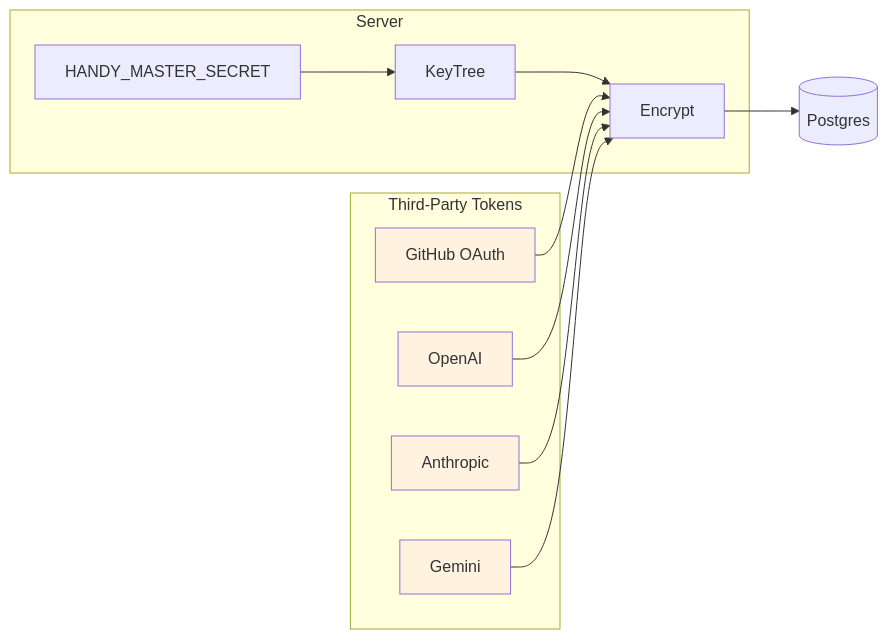
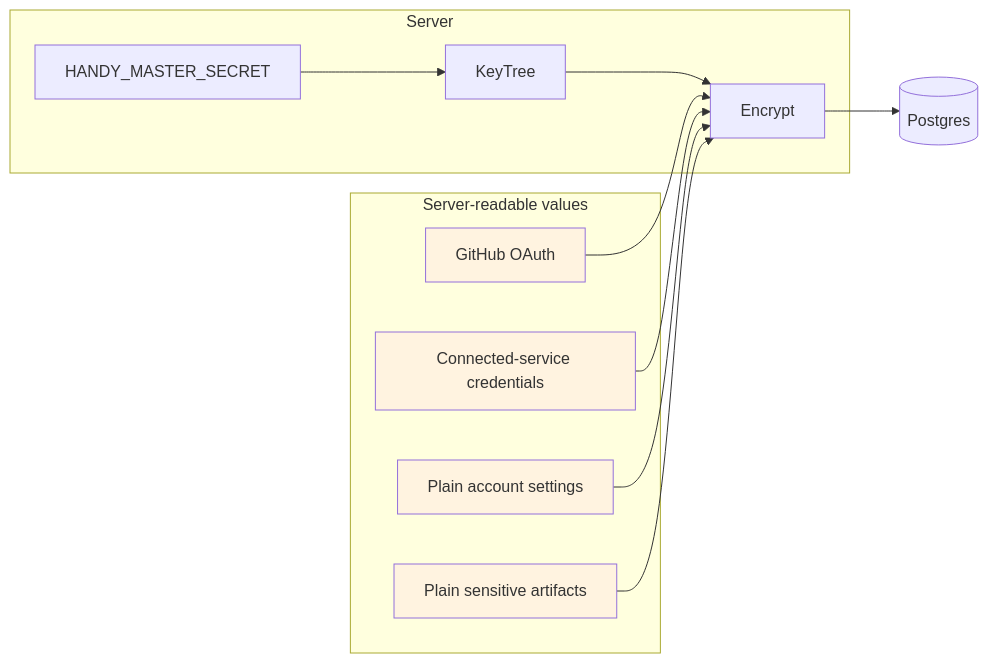
One commit to happier-dev/happier changed diagram 11 of 12 in docs/encryption.md. Above: the diagram before and after it, drawn with Mermaid. The commit also changed other lines of this file and 36 other files, not shown here.

````diff
--- a/docs/encryption.md
+++ b/docs/encryption.md
@@ -488,25 +732,25 @@
 ```mermaid
 graph LR
-    subgraph "Third-Party Tokens"
+    subgraph "Server-readable values"
         GH[GitHub OAuth]
-        OAI[OpenAI]
-        ANT[Anthropic]
-        GEM[Gemini]
+        Tokens[Connected-service credentials]
+        Settings[Plain account settings]
+        Artifacts[Plain sensitive artifacts]
     end
 
     subgraph "Server"
         Secret[HANDY_MASTER_SECRET]
         KeyTree[KeyTree]
         Encrypt[Encrypt]
     end
 
     DB[(Postgres)]
 
     Secret --> KeyTree --> Encrypt
-    GH & OAI & ANT & GEM --> Encrypt --> DB
+    GH & Tokens & Settings & Artifacts --> Encrypt --> DB
 
     style GH fill:#fff3e0
-    style OAI fill:#fff3e0
-    style ANT fill:#fff3e0
-    style GEM fill:#fff3e0
+    style Tokens fill:#fff3e0
+    style Settings fill:#fff3e0
+    style Artifacts fill:#fff3e0
 ```
````
